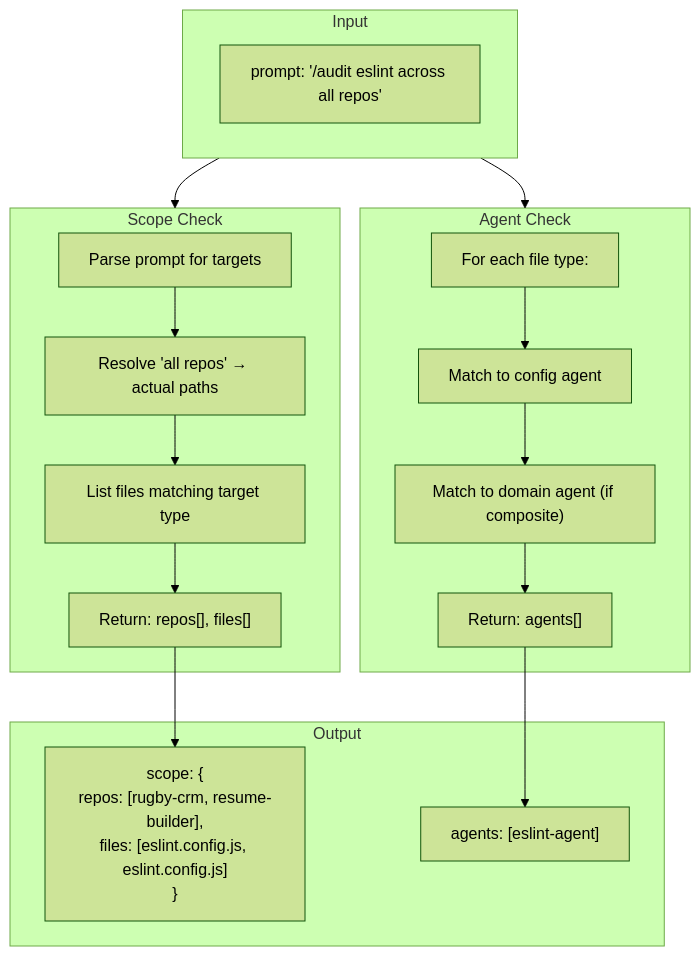
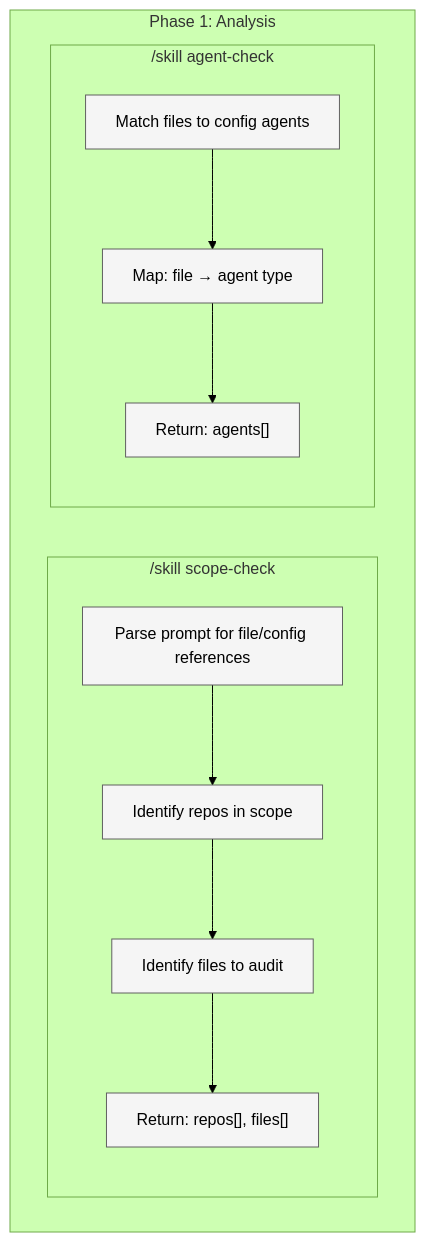
The second of 9 diagrams in docs/audit-command-target-state.md (metasaver/metasaver-marketplace), drawn with Mermaid (forest theme) before and after one commit. The commit also changed other lines of this file and 5 other files, not shown here.

````diff
--- a/docs/audit-command-target-state.md
+++ b/docs/audit-command-target-state.md
@@ -207,32 +83,22 @@
 ```mermaid
 flowchart TB
-    subgraph Input["Input"]
-        P["prompt: '/audit eslint across all repos'"]
+    classDef skill fill:#fff8e1,stroke:#f57f17,stroke-width:2px
+    classDef step fill:#f5f5f5,stroke:#616161,stroke-width:1px
+
+    subgraph P1["Phase 1: Analysis"]
+        subgraph SC["/skill scope-check"]
+            SC1["Parse prompt for file/config references"]:::step
+            SC2["Identify repos in scope"]:::step
+            SC3["Identify files to audit"]:::step
+            SC4["Return: repos[], files[]"]:::step
+            SC1 --> SC2 --> SC3 --> SC4
+        end
+
+        subgraph AC["/skill agent-check"]
+            AC1["Match files to config agents"]:::step
+            AC2["Map: file → agent type"]:::step
+            AC3["Return: agents[]"]:::step
+            AC1 --> AC2 --> AC3
+        end
     end
-
-    subgraph ScopeCheck["Scope Check"]
-        S1["Parse prompt for targets"]
-        S2["Resolve 'all repos' → actual paths"]
-        S3["List files matching target type"]
-        S4["Return: repos[], files[]"]
-    end
-
-    subgraph AgentCheck["Agent Check"]
-        A1["For each file type:"]
-        A2["Match to config agent"]
-        A3["Match to domain agent (if composite)"]
-        A4["Return: agents[]"]
-    end
-
-    subgraph Output["Output"]
-        O1["scope: {<br/>repos: [rugby-crm, resume-builder],<br/>files: [eslint.config.js, eslint.config.js]<br/>}"]
-        O2["agents: [eslint-agent]"]
-    end
-
-    Input --> ScopeCheck
-    Input --> AgentCheck
-    S1 --> S2 --> S3 --> S4
-    A1 --> A2 --> A3 --> A4
-    S4 --> O1
-    A4 --> O2
 ```
````
